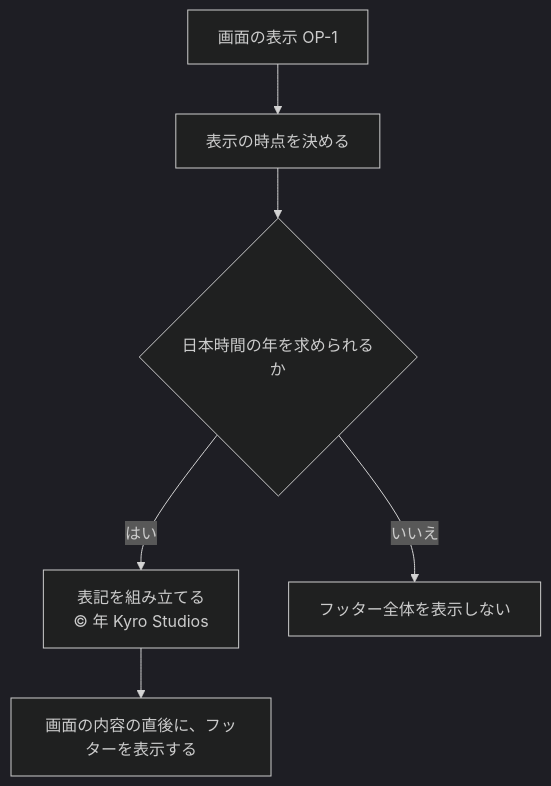
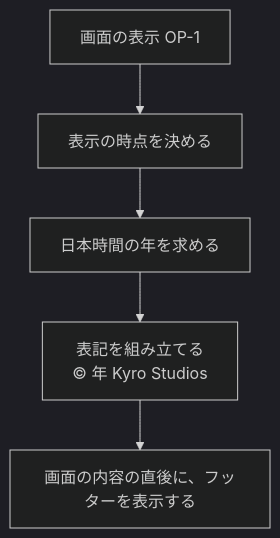
Before and after one commit to kyro-studios/web-application-template-sandbox: the diagram in docs/features/68-copyright-footer/specification.md, drawn with Mermaid (dark theme). The commit also changed other lines of this file, not shown here.

````diff
--- a/docs/features/68-copyright-footer/specification.md
+++ b/docs/features/68-copyright-footer/specification.md
@@ -171,8 +173,7 @@
 ```mermaid
 flowchart TD
   start[画面の表示 OP-1] --> t[表示の時点を決める]
-  t --> y{日本時間の年を求められるか}
-  y -- はい --> line[表記を組み立てる<br/>© 年 Kyro Studios]
+  t --> y[日本時間の年を求める]
+  y --> line[表記を組み立てる<br/>© 年 Kyro Studios]
   line --> show[画面の内容の直後に、フッターを表示する]
-  y -- いいえ --> hide[フッター全体を表示しない]
 ```
````
